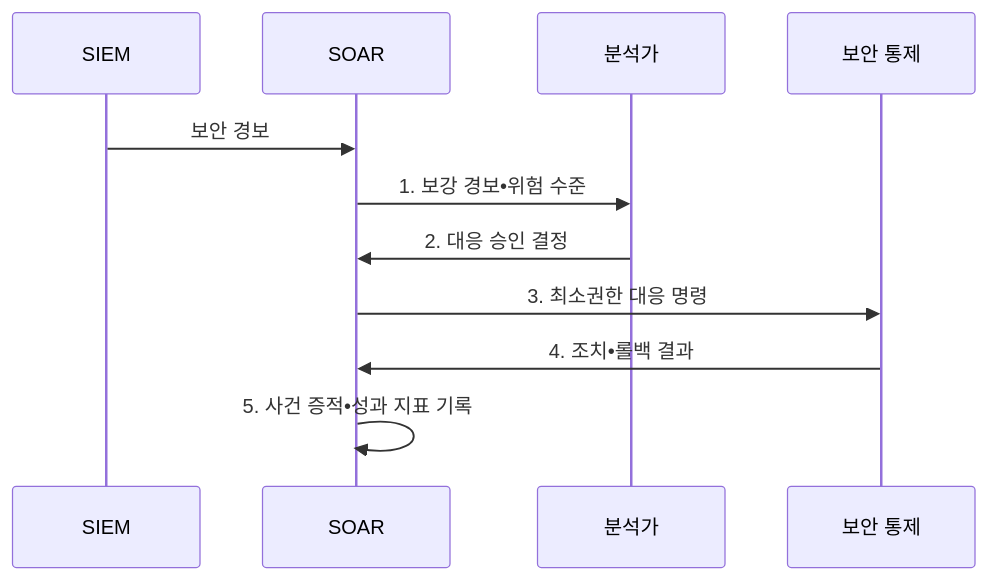
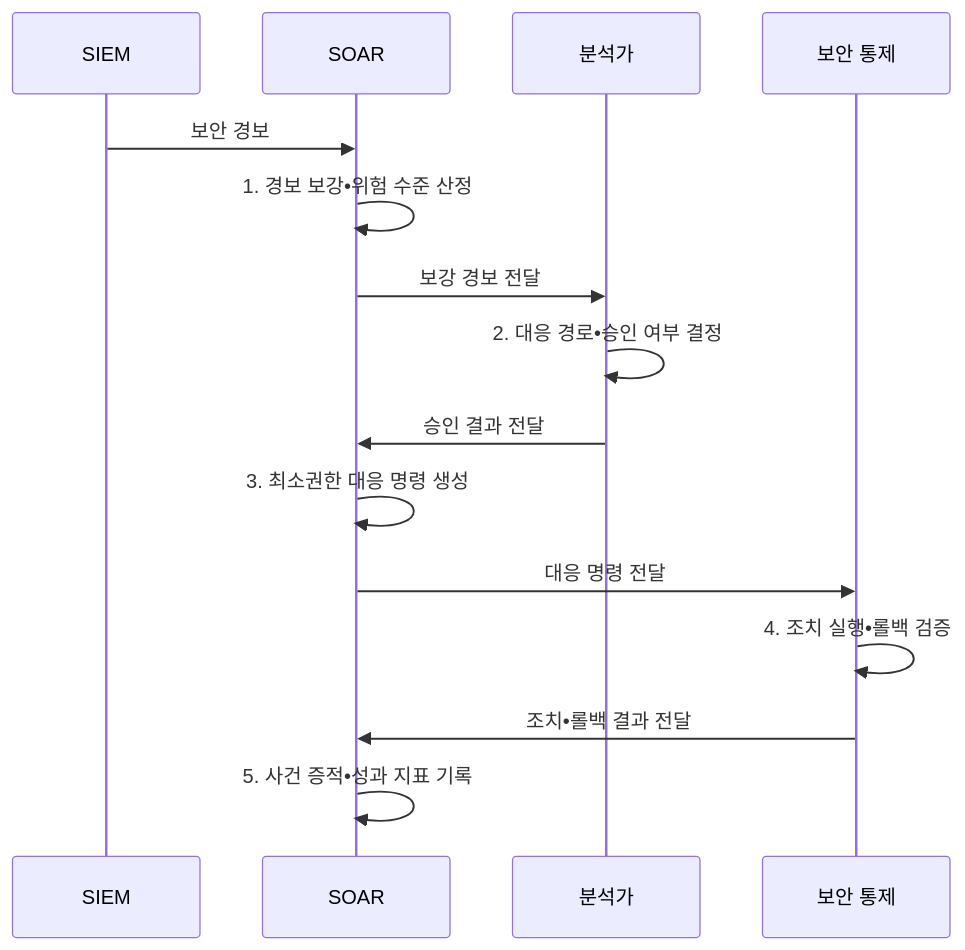
Before and after one commit to agnusdei1207/knowledge-base: the second of 2 diagrams in src/content/docs/notes/05-security/121_security_orchestration_playbook.md, drawn with Mermaid. The commit also changed other lines of this file and 19 other files, not shown here.

````diff
--- a/src/content/docs/notes/05-security/121_security_orchestration_playbook.md
+++ b/src/content/docs/notes/05-security/121_security_orchestration_playbook.md
@@ -100,13 +100,17 @@
 ```mermaid
 sequenceDiagram
   participant S as SIEM
   participant O as SOAR
   participant A as 분석가
   participant C as 보안 통제
   S->>O: 보안 경보
-  O->>A: 1. 보강 경보•위험 수준
-  A->>O: 2. 대응 승인 결정
-  O->>C: 3. 최소권한 대응 명령
-  C->>O: 4. 조치•롤백 결과
+  O->>O: 1. 경보 보강•위험 수준 산정
+  O->>A: 보강 경보 전달
+  A->>A: 2. 대응 경로•승인 여부 결정
+  A->>O: 승인 결과 전달
+  O->>O: 3. 최소권한 대응 명령 생성
+  O->>C: 대응 명령 전달
+  C->>C: 4. 조치 실행•롤백 검증
+  C->>O: 조치•롤백 결과 전달
   O->>O: 5. 사건 증적•성과 지표 기록
 ```
````
